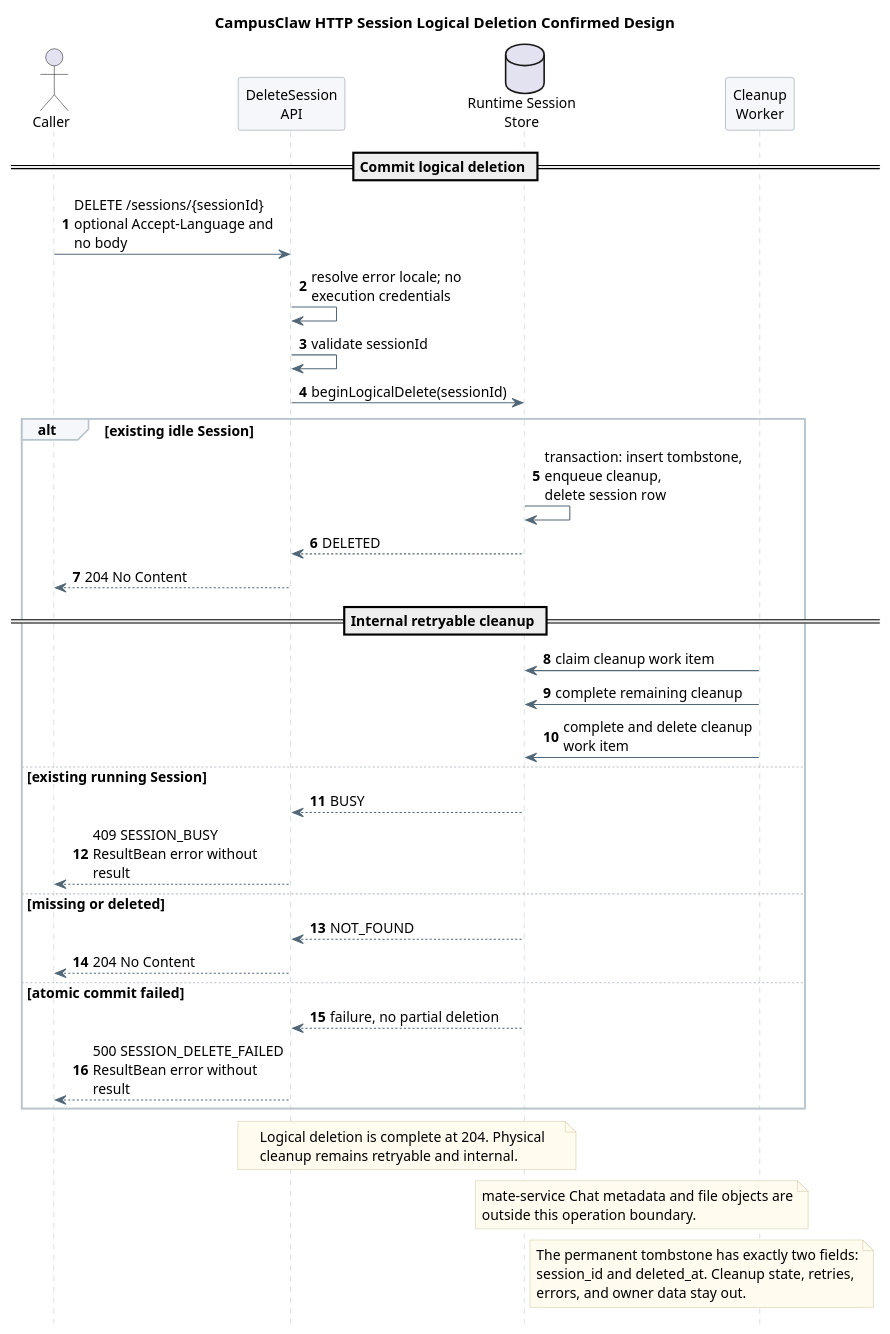
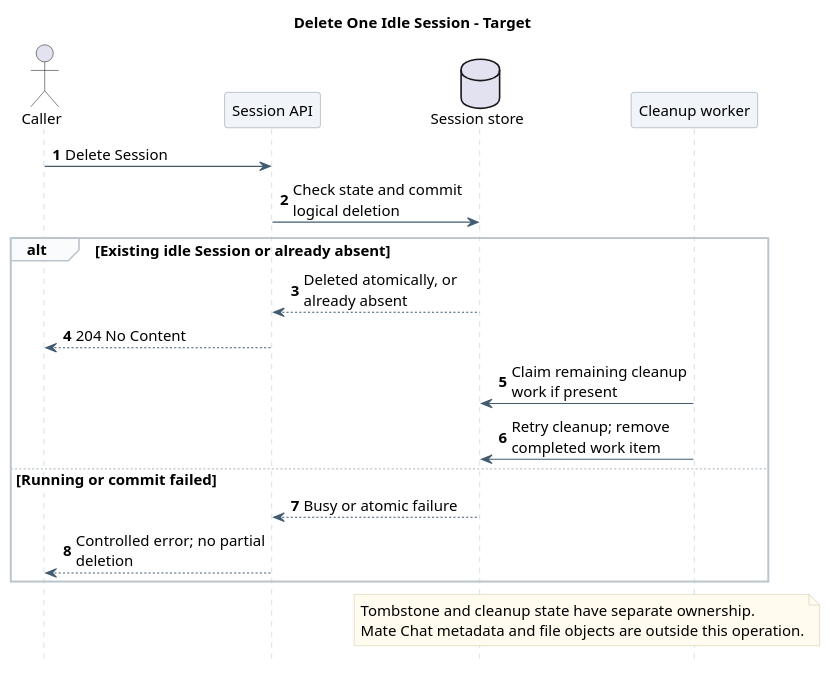
One commit to ssm0808/pi-mono-java-design changed the third of 3 diagrams in 01-总体架构/01-CampusClaw多Agent运行时/设计图/会话生命周期/diagram.puml. Above: the diagram before and after it, drawn with PlantUML. The commit also changed other lines of this file and 120 other files, not shown here.

Commit message:
docs(diagrams): 统一全仓职责级时序图表达与校验

```diff
--- a/01-总体架构/01-CampusClaw多Agent运行时/设计图/会话生命周期/diagram.puml
+++ b/01-总体架构/01-CampusClaw多Agent运行时/设计图/会话生命周期/diagram.puml
@@ -197,86 +173,59 @@
 @startuml http_delete_session
-skinparam backgroundColor white
-skinparam defaultFontName SansSerif
-skinparam defaultFontSize 13
-skinparam shadowing false
-skinparam sequenceMessageAlign left
-skinparam maxMessageSize 190
-skinparam sequenceArrowColor #526777
-skinparam sequenceLifeLineBorderColor #BAC4CC
-skinparam sequenceParticipantBackgroundColor #F5F7FA
-skinparam sequenceParticipantBorderColor #8496A4
-skinparam sequenceGroupBackgroundColor #F5F7FA
-skinparam sequenceGroupBorderColor #BAC4CC
-skinparam noteBackgroundColor #FFFBEF
-skinparam noteBorderColor #D2C6A5
-hide footbox
-autonumber
-title CampusClaw HTTP Session Logical Deletion Confirmed Design
-
 ' Source evidence (pi-mono 5cd93f688aaab89dbb6dfa4aca535f21796ae185):
 ' packages/coding-agent/src/core/agent-session.ts, AgentSession.dispose, lines 789-805
 ' packages/coding-agent/src/modes/interactive/components/session-selector.ts,
 ' deleteSessionFile, lines 598-630
 ' Source evidence (pi-mono-java PR 167 f60cc3e78bb8b700527ac082c7c8e10524ede095):
 ' modules/coding-agent-cli/src/main/java/com/campusclaw/codingagent/runtimeapi/session/RuntimeSessionService.java, delete.
 ' modules/coding-agent-cli/src/main/java/com/campusclaw/codingagent/runtimeapi/persistence/MyBatisRuntimeSessionRepository.java, beginDeletion.
 ' modules/coding-agent-cli/src/main/java/com/campusclaw/codingagent/runtimeapi/session/SessionCleanupWorker.java.
 ' Source evidence (pi-mono-java PR 167 f60cc3e78bb8b700527ac082c7c8e10524ede095):
 ' modules/coding-agent-cli/src/main/java/com/campusclaw/codingagent/runtimeapi/web/RuntimeSessionController.java, delete.
 ' Observed behavior: the current Java delete path still names the variable session_id.
 ' Observed behavior: pi dispose stops active work and releases runtime resources, while
 ' interactive deletion removes the local JSONL file.
 ' Observed behavior: the implemented repository returns BUSY for a running session and does not abort it.
 ' Observed behavior: tombstone insertion, cleanup task insertion, and session deletion commit atomically.
 ' Architecture change: logical deletion and a durable cleanup work item replace local JSONL deletion.
 ' Architecture change: the target HTTP path variable is sessionId; database column names remain snake_case.
 ' Product constraint: DELETE declares optional Accept-Language, not execution credentials.
 ' Design reason: the API becomes idempotent immediately without exposing cleanup-job state.
+' Presentation: one responsibility-level scenario; implementation details remain in the linked document.
+skinparam backgroundColor white
+skinparam defaultFontName SansSerif
+skinparam defaultFontSize 14
+skinparam shadowing false
+skinparam sequenceMessageAlign left
+skinparam maxMessageSize 180
+skinparam sequenceArrowColor #425B70
+skinparam sequenceLifeLineBorderColor #BAC4CC
+skinparam sequenceParticipantBackgroundColor #F1F5F9
+skinparam sequenceParticipantBorderColor #8496A4
+skinparam sequenceGroupBackgroundColor #FAFBFC
+skinparam sequenceGroupBorderColor #BAC4CC
+skinparam noteBackgroundColor #FFFBEF
+skinparam noteBorderColor #D2C6A5
+hide footbox
+autonumber
 
-
+title Delete One Idle Session - Target
 actor Caller
-participant "DeleteSession\nAPI" as API
-database "Runtime Session\nStore" as Store
-participant "Cleanup\nWorker" as Worker
-
-== Commit logical deletion ==
-Caller -> API : DELETE /sessions/{sessionId}\noptional Accept-Language and no body
-API -> API : resolve error locale; no execution credentials
-API -> API : validate sessionId
-API -> Store : beginLogicalDelete(sessionId)
-
-alt existing idle Session
-  Store -> Store : transaction: insert tombstone, enqueue cleanup,\ndelete session row
-  Store --> API : DELETED
+participant "Session API" as API
+database "Session store" as Store
+participant "Cleanup worker" as Worker
+Caller -> API : Delete Session
+API -> Store : Check state and commit logical deletion
+alt Existing idle Session or already absent
+  Store --> API : Deleted atomically, or already absent
   API --> Caller : 204 No Content
-  == Internal retryable cleanup ==
-  Worker -> Store : claim cleanup work item
-  Worker -> Store : complete remaining cleanup
-  Worker -> Store : complete and delete cleanup work item
-else existing running Session
-  Store --> API : BUSY
-  API --> Caller : 409 SESSION_BUSY\nResultBean error without result
-else missing or deleted
-  Store --> API : NOT_FOUND
-  API --> Caller : 204 No Content
-else atomic commit failed
-  Store --> API : failure, no partial deletion
-  API --> Caller : 500 SESSION_DELETE_FAILED\nResultBean error without result
+  Worker -> Store : Claim remaining cleanup work if present
+  Worker -> Store : Retry cleanup; remove completed work item
+else Running or commit failed
+  Store --> API : Busy or atomic failure
+  API --> Caller : Controlled error; no partial deletion
 end
-
-note over API,Store
-  Logical deletion is complete at 204. Physical
-  cleanup remains retryable and internal.
-end note
-
 note over Store,Worker
-  mate-service Chat metadata and file objects are
-  outside this operation boundary.
-end note
-
-note right of Store
-  The permanent tombstone has exactly two fields:
-  session_id and deleted_at. Cleanup state, retries,
-  errors, and owner data stay out.
+  Tombstone and cleanup state have separate ownership.
+  Mate Chat metadata and file objects are outside this operation.
 end note
 @enduml
```
